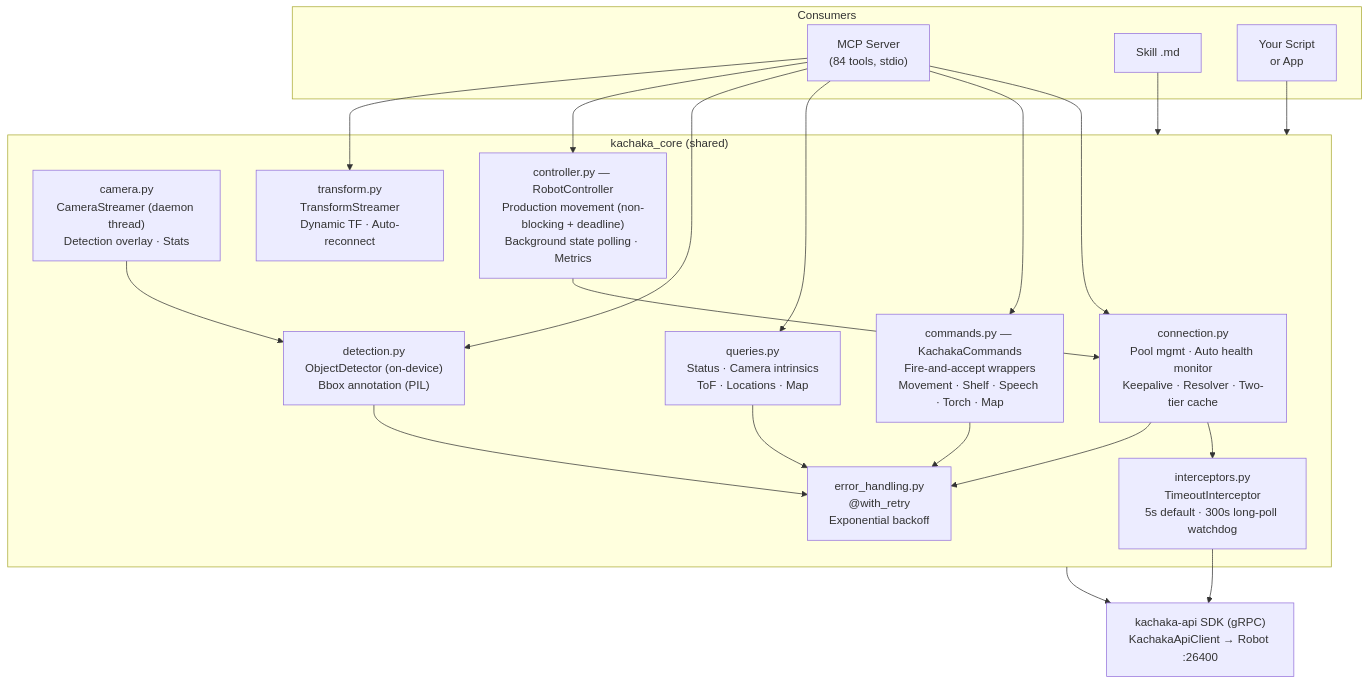
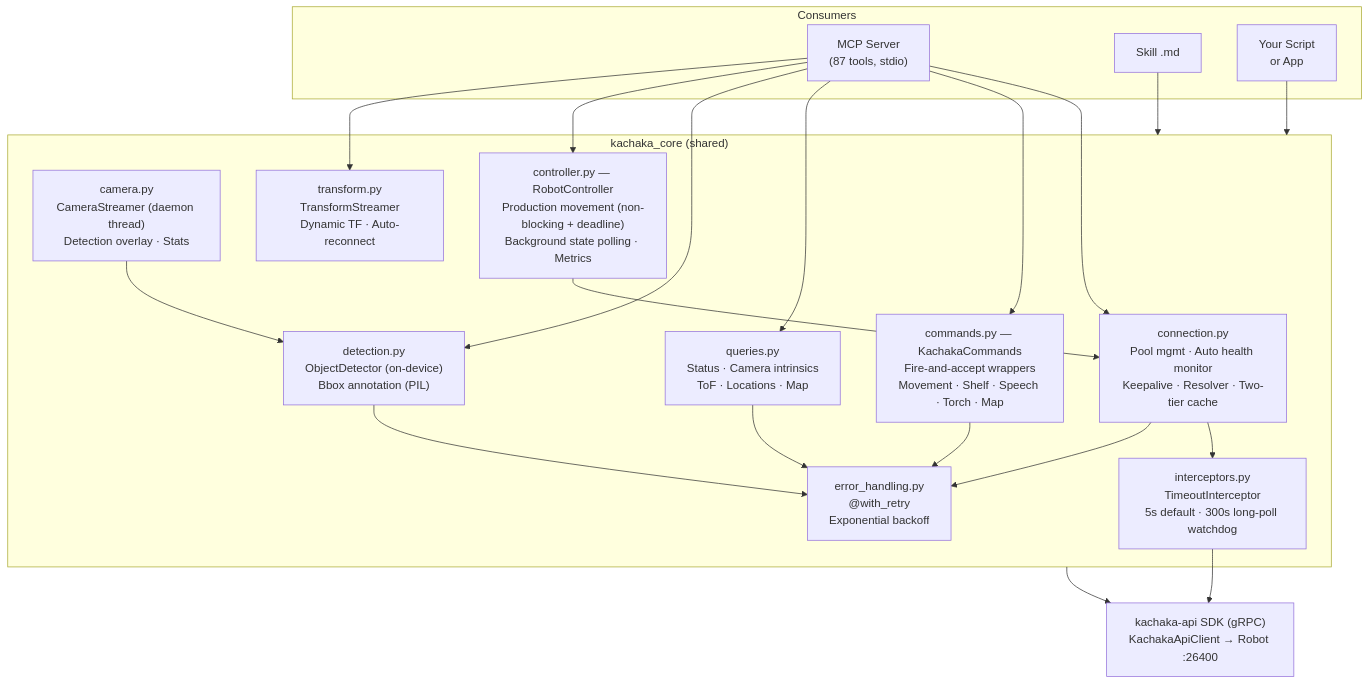
One commit to sigmarobotics/kachaka-sdk-toolkit changed the first of 7 diagrams in README.md. Above: the diagram before and after it, drawn with Mermaid. The commit also changed other lines of this file and 1 other file, not shown here.

````diff
--- a/README.md
+++ b/README.md
@@ -13,40 +13,40 @@
 ```mermaid
 graph TD
     subgraph Consumers
-        MCP["MCP Server<br/>(84 tools, stdio)"]
+        MCP["MCP Server<br/>(87 tools, stdio)"]
         SKILL["Skill .md"]
         APP["Your Script<br/>or App"]
     end
 
     subgraph kachaka_core["kachaka_core (shared)"]
         CONN["connection.py<br/>Pool mgmt · Auto health monitor<br/>Keepalive · Resolver · Two-tier cache"]
         INT["interceptors.py<br/>TimeoutInterceptor<br/>5s default · 300s long-poll watchdog"]
         CMD["commands.py — KachakaCommands<br/>Fire-and-accept wrappers<br/>Movement · Shelf · Speech · Torch · Map"]
         QRY["queries.py<br/>Status · Camera intrinsics<br/>ToF · Locations · Map"]
         ERR["error_handling.py<br/>@with_retry<br/>Exponential backoff"]
         CAM["camera.py<br/>CameraStreamer (daemon thread)<br/>Detection overlay · Stats"]
         DET["detection.py<br/>ObjectDetector (on-device)<br/>Bbox annotation (PIL)"]
         CTRL["controller.py — RobotController<br/>Production movement (non-blocking + deadline)<br/>Background state polling · Metrics"]
         TF["transform.py<br/>TransformStreamer<br/>Dynamic TF · Auto-reconnect"]
     end
 
     SDK["kachaka-api SDK (gRPC)<br/>KachakaApiClient → Robot :26400"]
 
     MCP --> CONN
     MCP --> CMD
     MCP --> QRY
     MCP --> DET
     MCP --> CTRL
     MCP --> TF
     SKILL --> kachaka_core
     APP --> kachaka_core
     CONN --> INT
     CONN --> ERR
     CMD --> ERR
     QRY --> ERR
     DET --> ERR
     CTRL --> CONN
     CAM --> DET
     INT --> SDK
     kachaka_core --> SDK
 ```
````
